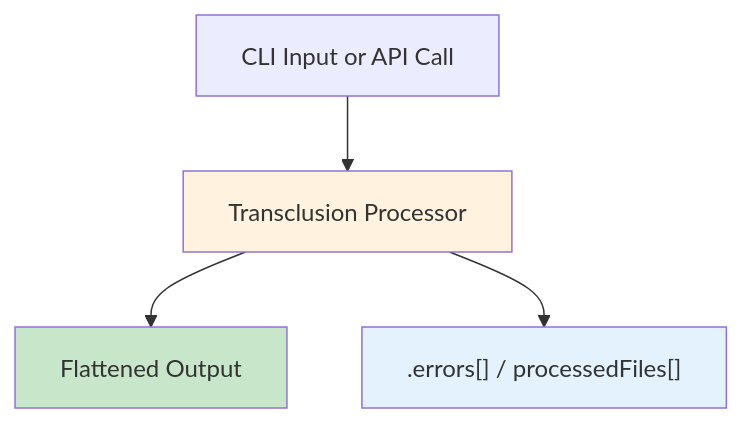
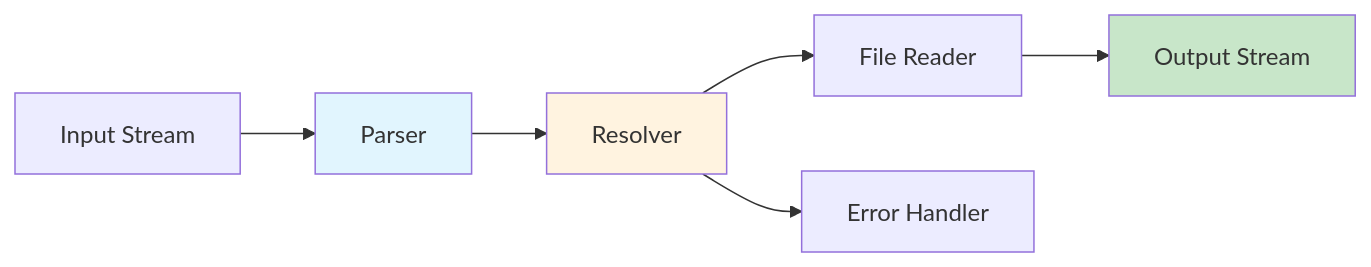
One commit to flyingrobots/markdown-transclusion changed the diagram in README.md. Above: the diagram before and after it, drawn with Mermaid. The commit also changed other lines of this file and 2 other files, not shown here.

````diff
--- a/README.md
+++ b/README.md
@@ -56,10 +117,12 @@
 ```mermaid
-graph TD
-    A["CLI Input or API Call"] --> B["Transclusion Processor"]
-    B --> C["Flattened Output"]
-    B --> D[".errors[] / processedFiles[]"]
+graph LR
+    A[Input Stream] --> B[Parser]
+    B --> C[Resolver]
+    C --> D[File Reader]
+    D --> E[Output Stream]
+    C --> F[Error Handler]
     
-    style B fill:#fff3e0
-    style C fill:#c8e6c9
-    style D fill:#e3f2fd
+    style B fill:#e1f5fe
+    style C fill:#fff3e0
+    style E fill:#c8e6c9
 ```
````
